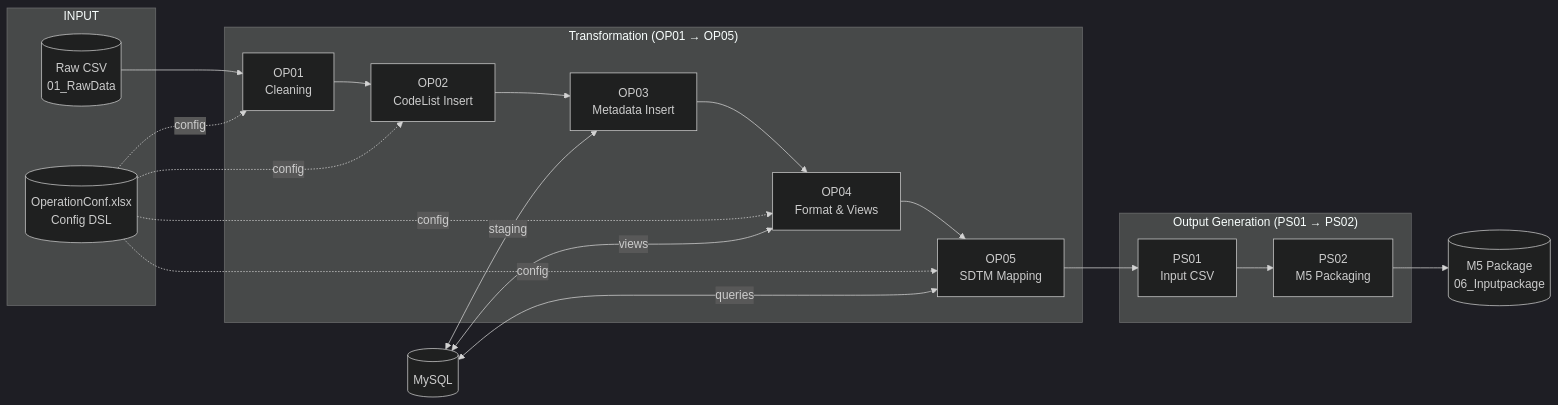
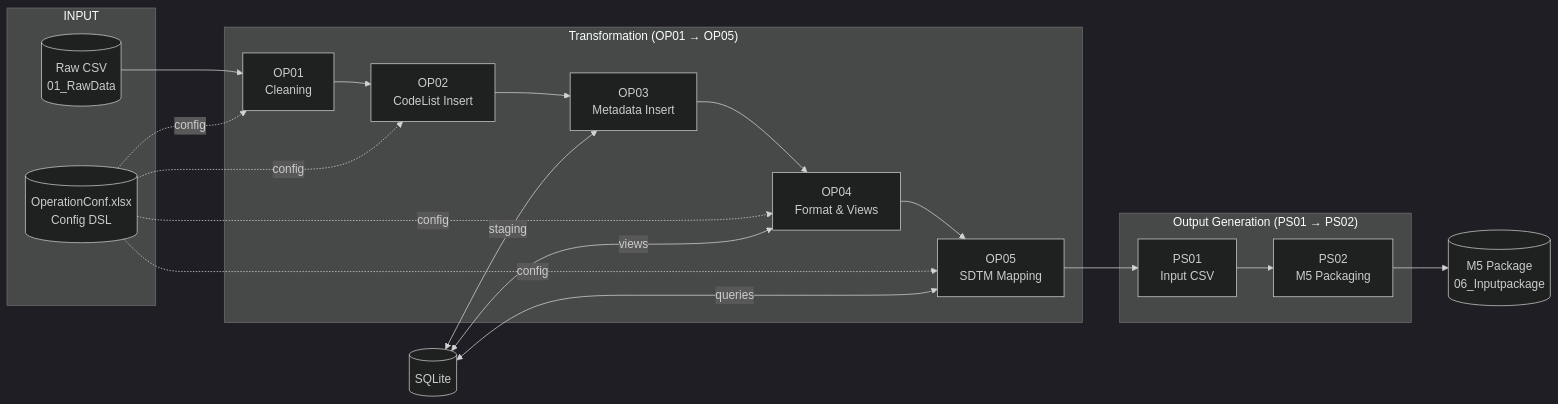
The diagram in docs/architecture.md (hakupao/SDTM-Mapping-System), drawn with Mermaid (dark theme) before and after one commit. The commit also changed other lines of this file and 10 other files, not shown here.

Commit message:
feat(db): default to SQLite; MySQL becomes optional

````diff
--- a/docs/architecture.md
+++ b/docs/architecture.md
@@ -68,29 +68,29 @@
 ```mermaid
 graph LR
     subgraph INPUT
         A[("Raw CSV<br/>01_RawData")]
         J[("OperationConf.xlsx<br/>Config DSL")]
     end
     subgraph TRANSFORM["Transformation (OP01 → OP05)"]
         B["OP01<br/>Cleaning"]
         C["OP02<br/>CodeList Insert"]
         D["OP03<br/>Metadata Insert"]
         E["OP04<br/>Format & Views"]
         F["OP05<br/>SDTM Mapping"]
     end
     subgraph OUTPUT["Output Generation (PS01 → PS02)"]
         G["PS01<br/>Input CSV"]
         H["PS02<br/>M5 Packaging"]
     end
     I[("M5 Package<br/>06_Inputpackage")]
-    K[("MySQL")]
+    K[("SQLite")]
 
     A --> B --> C --> D --> E --> F --> G --> H --> I
     J -.->|config| B
     J -.->|config| C
     J -.->|config| E
     J -.->|config| F
     K <-->|staging| D
     K <-->|views| E
     K <-->|queries| F
 ```
````
